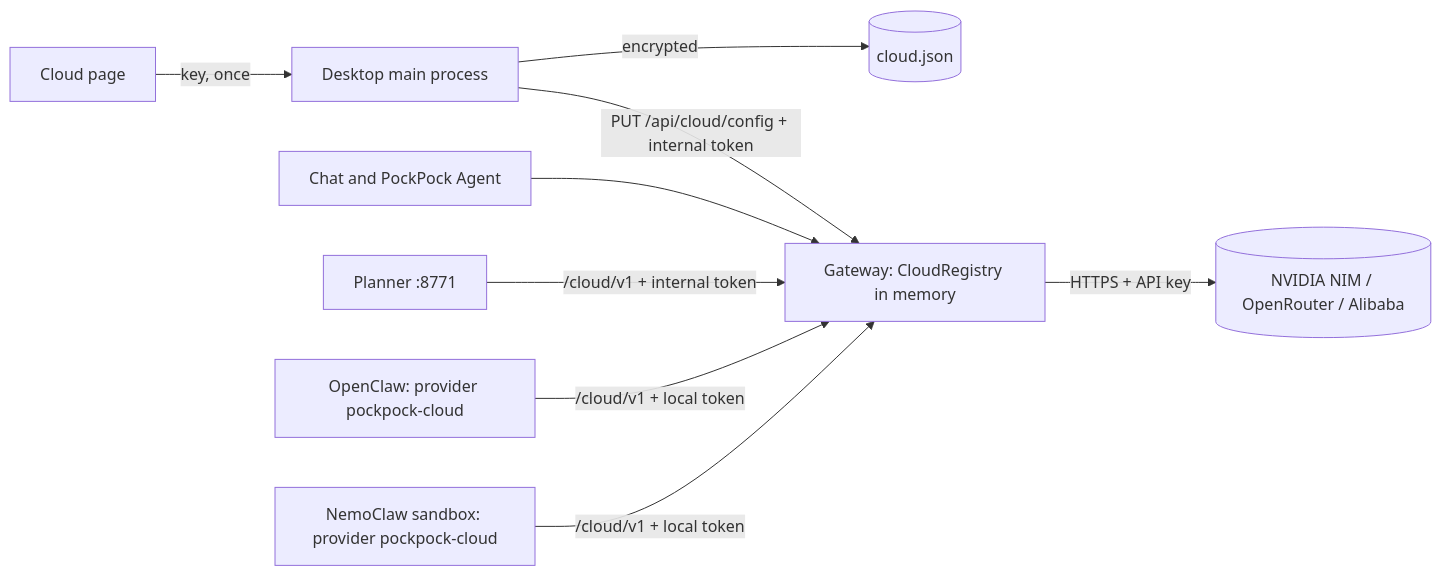
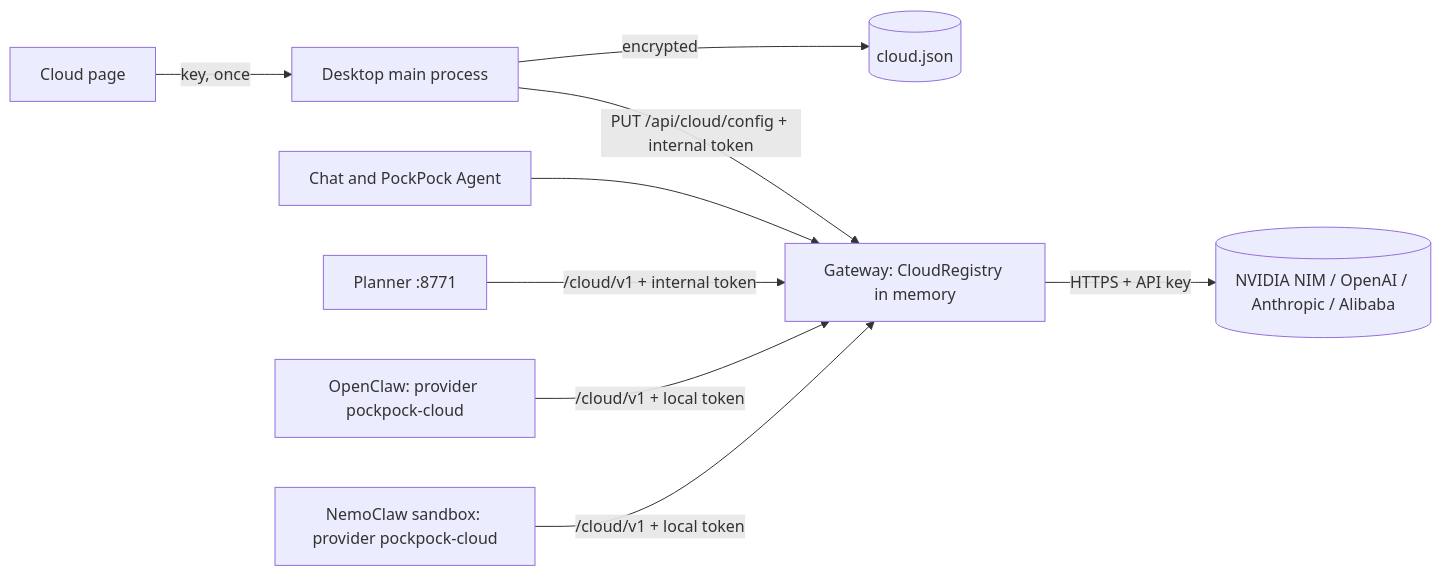
Before and after one commit to PockPock9/PockPockAgent: the diagram in docs/features/cloud-models.md, drawn with Mermaid. The commit also changed other lines of this file and 17 other files, not shown here.

First line of the commit message:
feat(cloud): OpenAI and Claude replace OpenRouter; disconnect cleans up (#131)

````diff
--- a/docs/features/cloud-models.md
+++ b/docs/features/cloud-models.md
@@ -52,11 +79,11 @@
 ```mermaid
 flowchart LR
   Page[Cloud page] -->|key, once| Main[Desktop main process]
   Main -->|encrypted| File[(cloud.json)]
   Main -->|PUT /api/cloud/config + internal token| Gateway[Gateway: CloudRegistry in memory]
   Chat[Chat and PockPock Agent] --> Gateway
   Planner[Planner :8771] -->|/cloud/v1 + internal token| Gateway
   OpenClaw[OpenClaw: provider pockpock-cloud] -->|/cloud/v1 + local token| Gateway
   NemoClaw[NemoClaw sandbox: provider pockpock-cloud] -->|/cloud/v1 + local token| Gateway
-  Gateway -->|HTTPS + API key| Cloud[(NVIDIA NIM / OpenRouter / Alibaba)]
+  Gateway -->|HTTPS + API key| Cloud[(NVIDIA NIM / OpenAI / Anthropic / Alibaba)]
 ```
````
